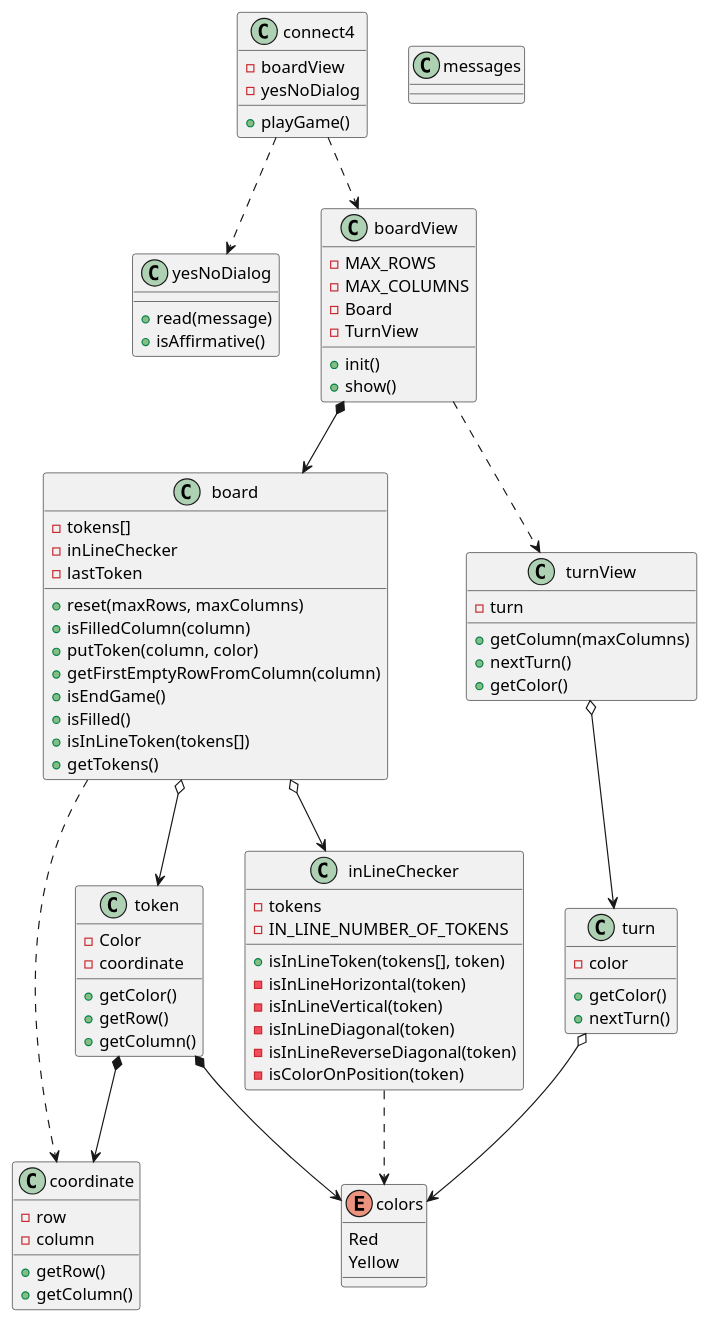
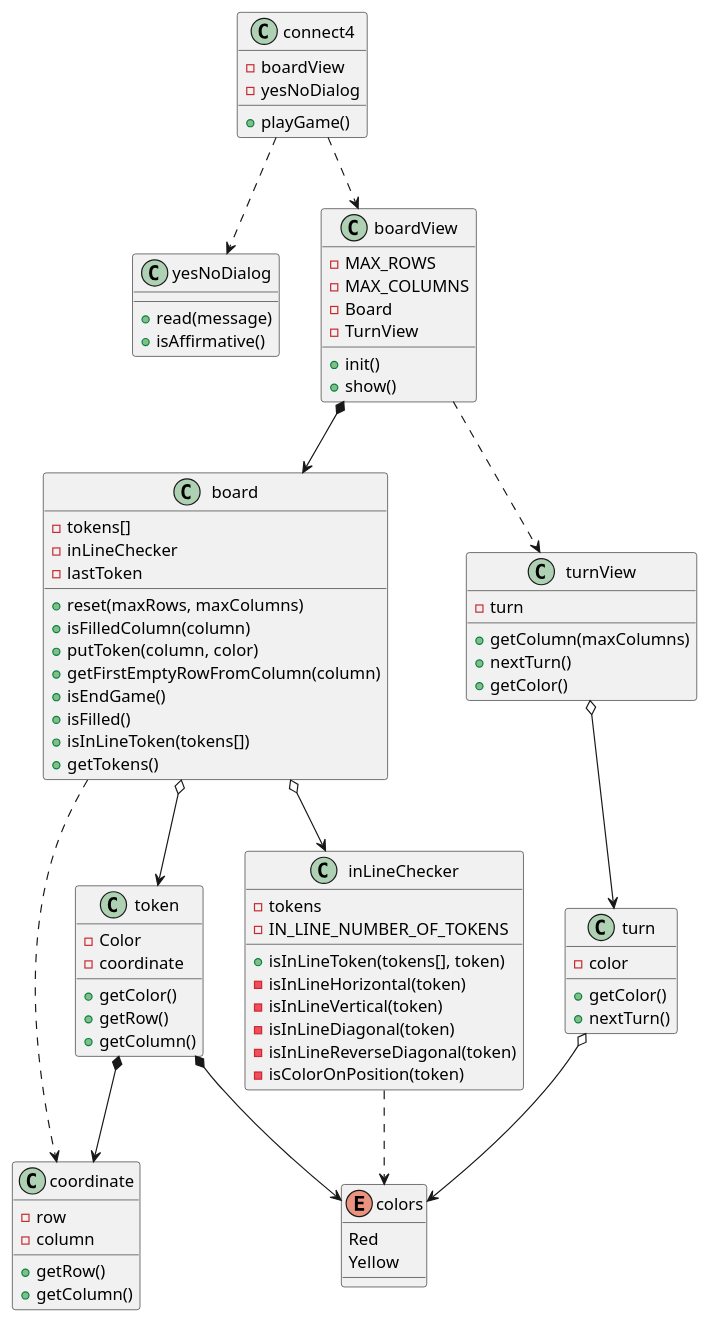
One commit to jumpering/connect4 changed the diagram in UML/softwareModel.puml. Above: the diagram before and after it, drawn with PlantUML. The commit also changed 1 other file, not shown here.

Commit message:
erase class messages from UML softwareModel

```diff
--- a/UML/softwareModel.puml
+++ b/UML/softwareModel.puml
@@ -1,93 +1,89 @@
 @startuml
 
 class connect4{
     - boardView
     - yesNoDialog
     + playGame()
 }
 class yesNoDialog{
     + read(message)
     + isAffirmative()
 }
 class board{
     - tokens[]
     - inLineChecker
     - lastToken
     + reset(maxRows, maxColumns)
     + isFilledColumn(column)
     + putToken(column, color)
     + getFirstEmptyRowFromColumn(column)
     + isEndGame()
     + isFilled()
     + isInLineToken(tokens[])
     + getTokens()
 }
 class boardView{
     - MAX_ROWS
     - MAX_COLUMNS
     - Board
     - TurnView
     + init()
     + show()
 }
 class inLineChecker{
     - tokens
     - IN_LINE_NUMBER_OF_TOKENS
     + isInLineToken(tokens[], token)
     - isInLineHorizontal(token)
     - isInLineVertical(token)
     - isInLineDiagonal(token)
     - isInLineReverseDiagonal(token)
     - isColorOnPosition(token)
 }
 
 class token{
     - Color
     - coordinate
     + getColor()
     + getRow()
     + getColumn()
 }
 
 class coordinate {
     - row 
     - column
     + getRow()
     + getColumn()
 }
 
 class turnView{
     - turn
     + getColumn(maxColumns)
     + nextTurn()
     + getColor()
 }
 
 class turn{
     - color
     + getColor()
     + nextTurn()
 }
 
 enum colors{
 Red
 Yellow
 }
 
-class messages{
-
-}
-
 connect4 ..> boardView
 connect4 ..> yesNoDialog
 boardView *--> board
 boardView ..> turnView
 turnView o--> turn
 board o--> token
 board o--> inLineChecker
 board ..> coordinate
 inLineChecker ..> colors
 turn o--> colors
 token *--> colors
 token *--> coordinate
 @enduml
```
